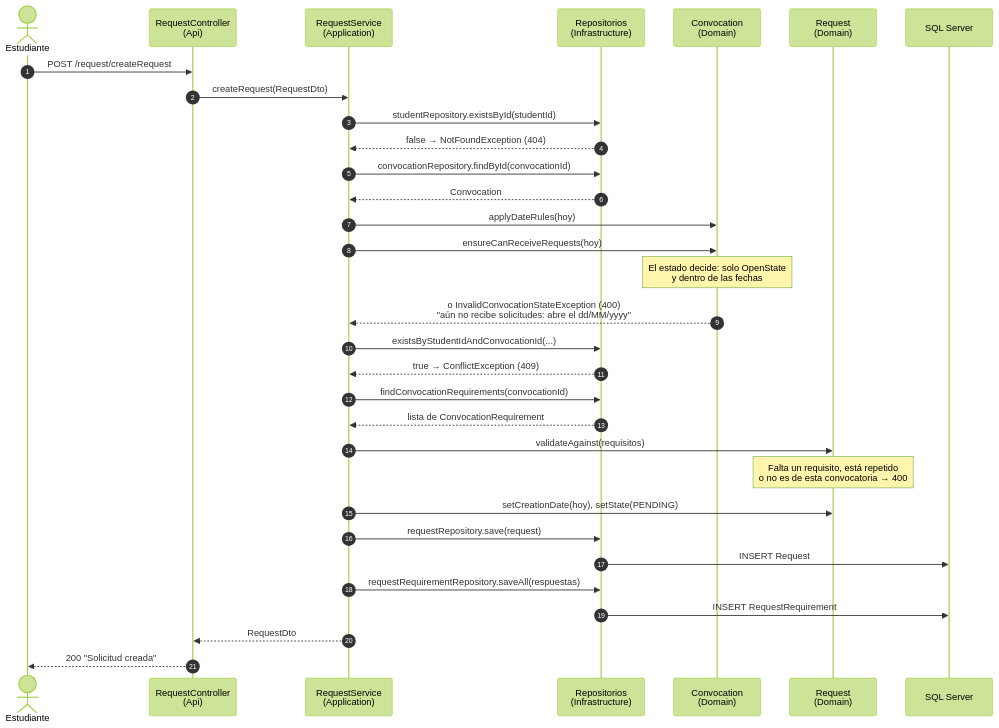
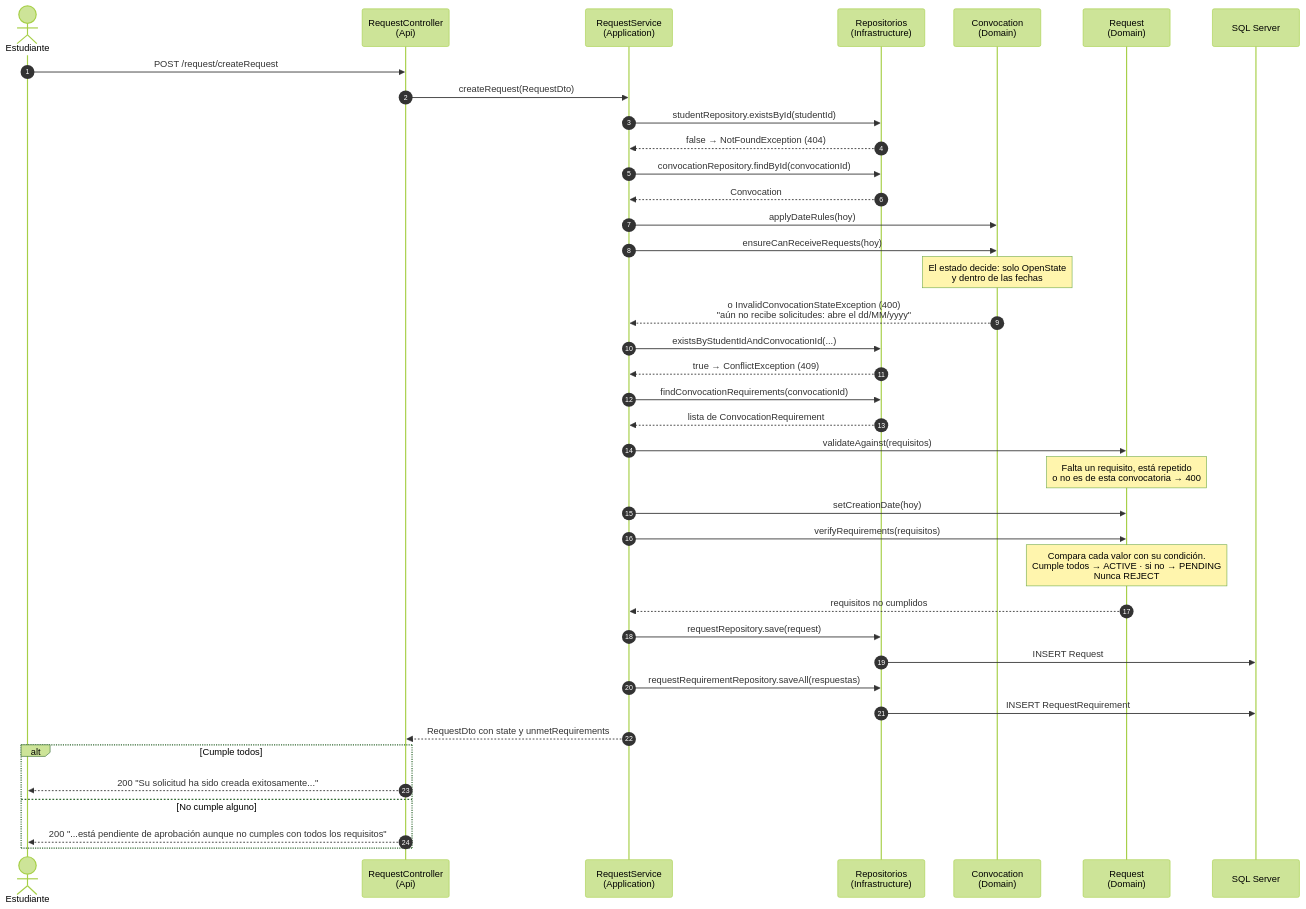
The third of 4 diagrams in diagramas/diagrama-secuencia.md (SemilleroSOLID/clean-architecture-api), drawn with Mermaid (forest theme) before and after one commit. The commit also changed 11 other files, not shown here.

First line of the commit message:
feat: verify the requirements of a request automatically (closes #14)

````diff
--- a/diagramas/diagrama-secuencia.md
+++ b/diagramas/diagrama-secuencia.md
@@ -114,35 +114,42 @@
 ```mermaid
 sequenceDiagram
     autonumber
     actor Est as Estudiante
     participant Ctrl as RequestController<br/>(Api)
     participant Svc as RequestService<br/>(Application)
     participant Repos as Repositorios<br/>(Infrastructure)
     participant Conv as Convocation<br/>(Domain)
     participant Req as Request<br/>(Domain)
     participant DB as SQL Server
 
     Est->>Ctrl: POST /request/createRequest
     Ctrl->>Svc: createRequest(RequestDto)
     Svc->>Repos: studentRepository.existsById(studentId)
     Repos-->>Svc: false → NotFoundException (404)
     Svc->>Repos: convocationRepository.findById(convocationId)
     Repos-->>Svc: Convocation
     Svc->>Conv: applyDateRules(hoy)
     Svc->>Conv: ensureCanReceiveRequests(hoy)
     Note over Conv: El estado decide: solo OpenState<br/>y dentro de las fechas
     Conv-->>Svc: o InvalidConvocationStateException (400)<br/>"aún no recibe solicitudes: abre el dd/MM/yyyy"
     Svc->>Repos: existsByStudentIdAndConvocationId(...)
     Repos-->>Svc: true → ConflictException (409)
     Svc->>Repos: findConvocationRequirements(convocationId)
     Repos-->>Svc: lista de ConvocationRequirement
     Svc->>Req: validateAgainst(requisitos)
     Note over Req: Falta un requisito, está repetido<br/>o no es de esta convocatoria → 400
-    Svc->>Req: setCreationDate(hoy), setState(PENDING)
+    Svc->>Req: setCreationDate(hoy)
+    Svc->>Req: verifyRequirements(requisitos)
+    Note over Req: Compara cada valor con su condición.<br/>Cumple todos → ACTIVE · si no → PENDING<br/>Nunca REJECT
+    Req-->>Svc: requisitos no cumplidos
     Svc->>Repos: requestRepository.save(request)
     Repos->>DB: INSERT Request
     Svc->>Repos: requestRequirementRepository.saveAll(respuestas)
     Repos->>DB: INSERT RequestRequirement
-    Svc-->>Ctrl: RequestDto
-    Ctrl-->>Est: 200 "Solicitud creada"
+    Svc-->>Ctrl: RequestDto con state y unmetRequirements
+    alt Cumple todos
+        Ctrl-->>Est: 200 "Su solicitud ha sido creada exitosamente..."
+    else No cumple alguno
+        Ctrl-->>Est: 200 "...está pendiente de aprobación aunque no cumples con todos los requisitos"
+    end
 ```
````
